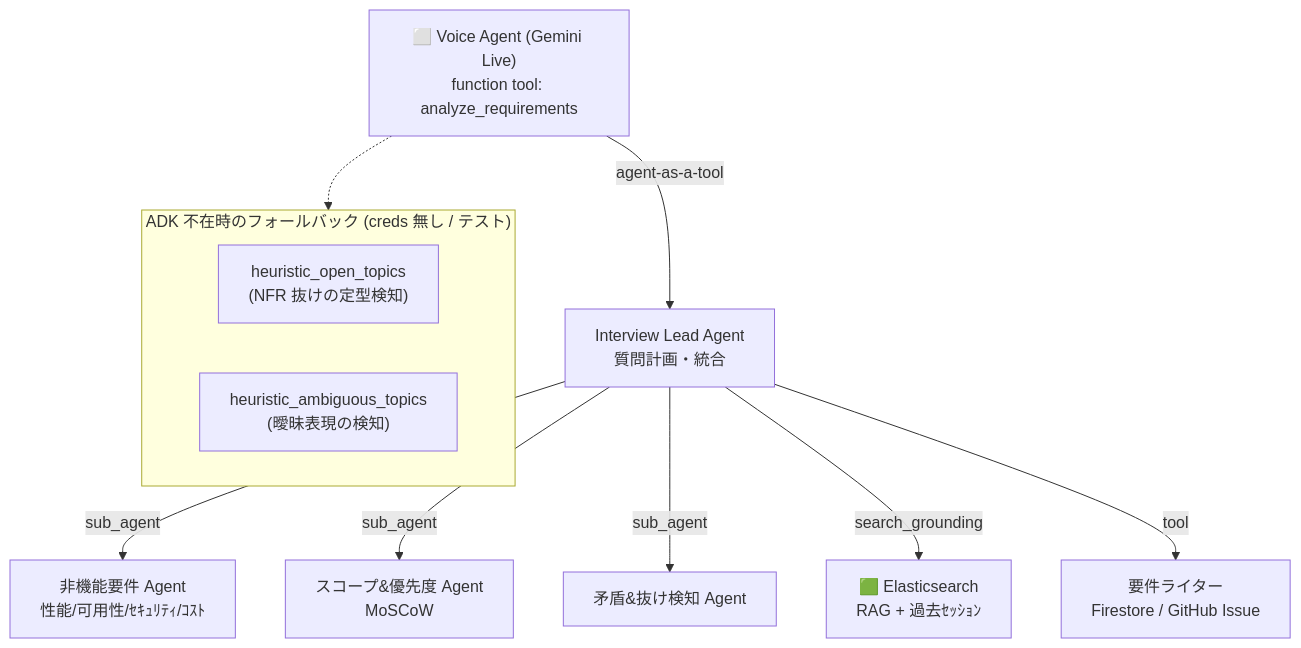
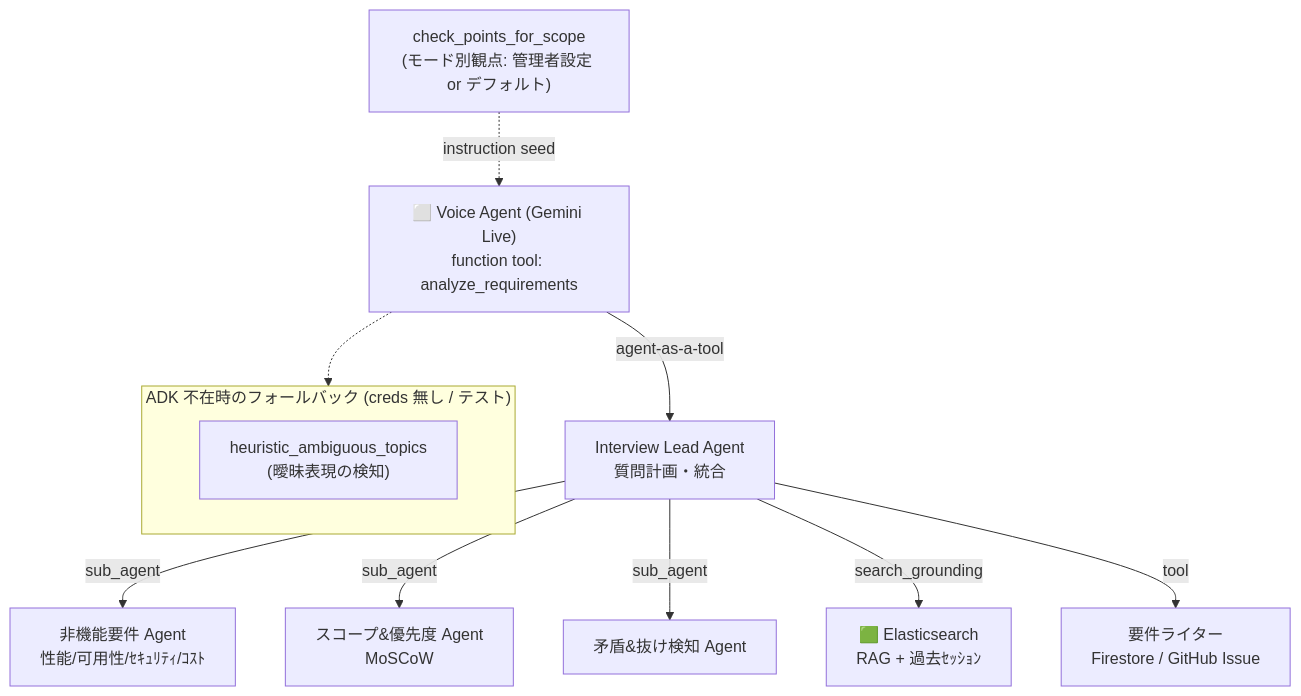
The fourth of 13 diagrams in docs/reference/architecture-analysis.md (godhuu0505/sanba), drawn with Mermaid before and after one commit. The commit also changed other lines of this file and 10 other files, not shown here.

````diff
--- a/docs/reference/architecture-analysis.md
+++ b/docs/reference/architecture-analysis.md
@@ -229,16 +229,17 @@
 ```mermaid
 flowchart TD
     VA["⬜ Voice Agent (Gemini Live)<br/>function tool: analyze_requirements"]
     VA -->|agent-as-a-tool| ROOT["Interview Lead Agent<br/>質問計画・統合"]
     ROOT -->|sub_agent| NFR["非機能要件 Agent<br/>性能/可用性/ｾｷｭﾘﾃｨ/ｺｽﾄ"]
     ROOT -->|sub_agent| SCOPE["スコープ&優先度 Agent<br/>MoSCoW"]
     ROOT -->|sub_agent| CONTRA["矛盾&抜け検知 Agent"]
     ROOT -->|search_grounding| ES["🟩 Elasticsearch<br/>RAG + 過去ｾｯｼｮﾝ"]
     ROOT -->|tool| WRITER["要件ライター<br/>Firestore / GitHub Issue"]
 
     subgraph fallback["ADK 不在時のフォールバック (creds 無し / テスト)"]
-        H1["heuristic_open_topics<br/>(NFR 抜けの定型検知)"]
         H2["heuristic_ambiguous_topics<br/>(曖昧表現の検知)"]
     end
     VA -.-> fallback
+    CP["check_points_for_scope<br/>(モード別観点: 管理者設定 or デフォルト)"]
+    CP -.->|instruction seed| VA
 ```
````
